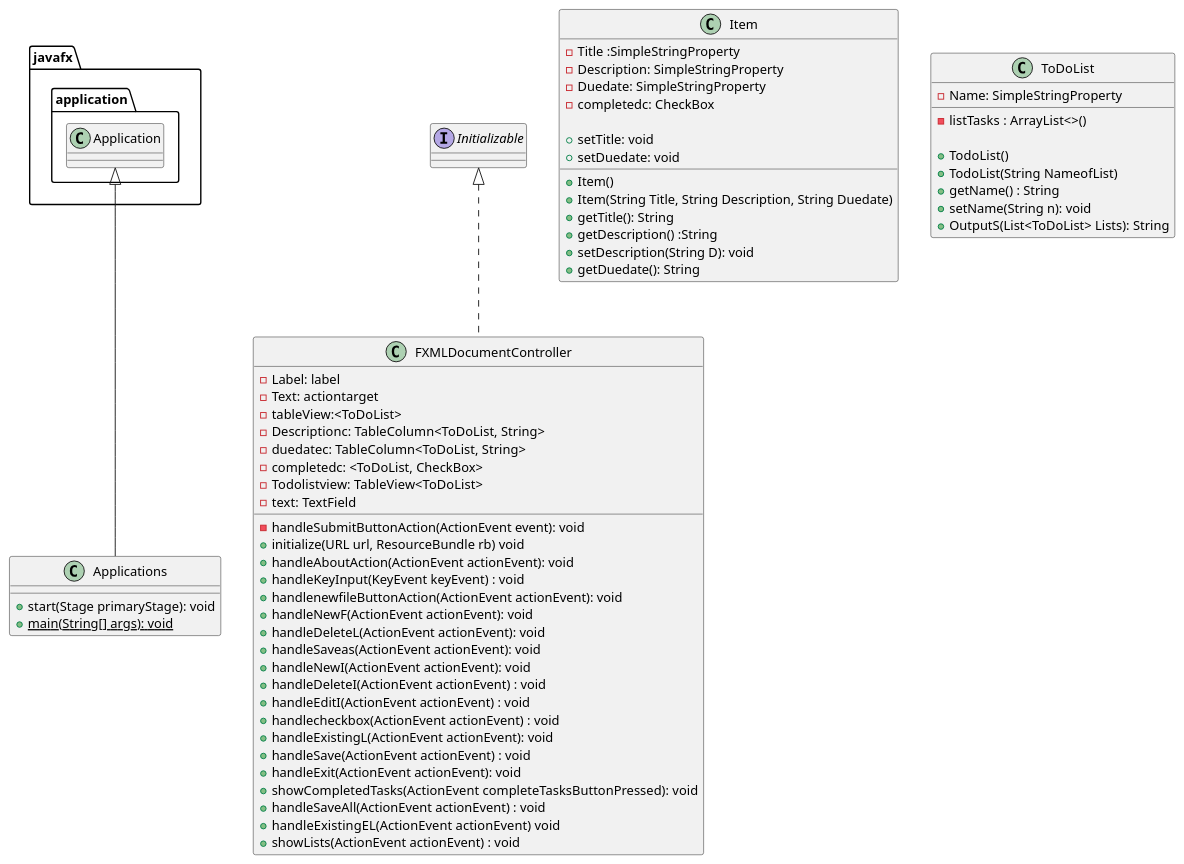
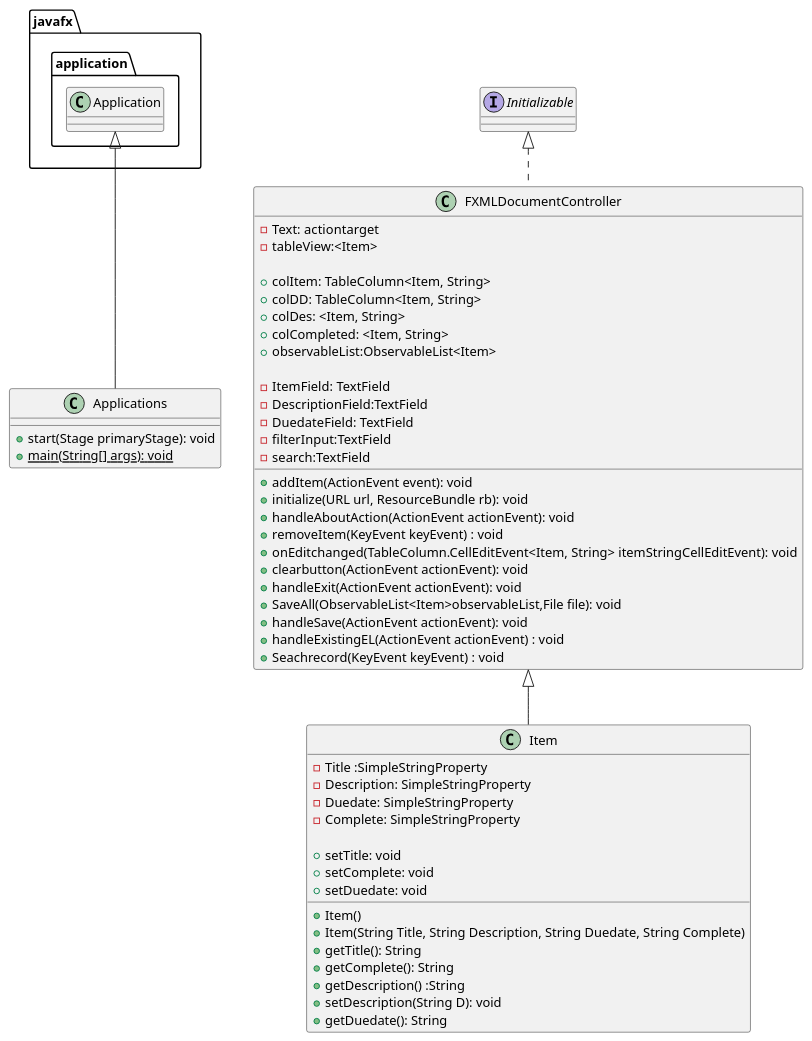
One commit to christineh11/hawkinss-cop3330-assignment4part2 changed the diagram in UML/Application1.puml. Above: the diagram before and after it, drawn with PlantUML. The commit also changed 36 other files, not shown here.

```diff
--- a/UML/Application1.puml
+++ b/UML/Application1.puml
@@ -1,78 +1,70 @@
 @startuml
 'https://plantuml.com/sequence-diagram
 
 javafx.application.Application <|-- Applications
+FXMLDocumentController<|-- Item
 
 class FXMLDocumentController implements Initializable
 
 class Applications{
 
  + start(Stage primaryStage): void
  + {static} main(String[] args): void
 
 }
 
 class FXMLDocumentController
 {
-    -Label: label
+
     -Text: actiontarget
-    -tableView:<ToDoList>
-    - Descriptionc: TableColumn<ToDoList, String>
-    - duedatec: TableColumn<ToDoList, String>
-    -completedc: <ToDoList, CheckBox>
-    -Todolistview: TableView<ToDoList>
-    - text: TextField
+    -tableView:<Item>
+
+    +colItem: TableColumn<Item, String>
+    + colDD: TableColumn<Item, String>
+    +colDes: <Item, String>
+    +colCompleted: <Item, String>
+    +observableList:ObservableList<Item>
+
+     -ItemField: TextField
+     -DescriptionField:TextField
+     -DuedateField: TextField
+     -filterInput:TextField
+     -search:TextField
 
 
-     - handleSubmitButtonAction(ActionEvent event): void
-     + initialize(URL url, ResourceBundle rb) void
+     + addItem(ActionEvent event): void
+     + initialize(URL url, ResourceBundle rb): void
      + handleAboutAction(ActionEvent actionEvent): void
-     + handleKeyInput(KeyEvent keyEvent) : void
-     + handlenewfileButtonAction(ActionEvent actionEvent): void
-     + handleNewF(ActionEvent actionEvent): void
-     + handleDeleteL(ActionEvent actionEvent): void
-     + handleSaveas(ActionEvent actionEvent): void
-     + handleNewI(ActionEvent actionEvent): void
-     + handleDeleteI(ActionEvent actionEvent) : void
-     + handleEditI(ActionEvent actionEvent) : void
-     + handlecheckbox(ActionEvent actionEvent) : void
-     + handleExistingL(ActionEvent actionEvent): void
-     + handleSave(ActionEvent actionEvent) : void
+     + removeItem(KeyEvent keyEvent) : void
+     + onEditchanged(TableColumn.CellEditEvent<Item, String> itemStringCellEditEvent): void
+     + clearbutton(ActionEvent actionEvent): void
      + handleExit(ActionEvent actionEvent): void
-     + showCompletedTasks(ActionEvent completeTasksButtonPressed): void
-     + handleSaveAll(ActionEvent actionEvent) : void
-     + handleExistingEL(ActionEvent actionEvent)  void
-     + showLists(ActionEvent actionEvent) : void
+     + SaveAll(ObservableList<Item>observableList,File file): void
+     + handleSave(ActionEvent actionEvent): void
+     + handleExistingEL(ActionEvent actionEvent) : void
+     + Seachrecord(KeyEvent keyEvent) : void
 
 }
 
 class Item
 {
  -  Title :SimpleStringProperty
  - Description: SimpleStringProperty
  - Duedate: SimpleStringProperty
- - completedc: CheckBox
+ -Complete: SimpleStringProperty
 
  + Item()
- + Item(String Title, String Description, String Duedate)
+ + Item(String Title, String Description, String Duedate, String Complete)
 + getTitle(): String
 + setTitle: void
++getComplete(): String
++setComplete: void
 + getDescription() :String
-+setDescription(String D): void
++ setDescription(String D): void
 +getDuedate(): String
 +setDuedate: void
 }
 
-class ToDoList
-{
-- Name: SimpleStringProperty
--listTasks : ArrayList<>()
 
-+ TodoList()
-+TodoList(String NameofList)
-+ getName() : String
-+setName(String n): void
-+OutputS(List<ToDoList> Lists): String
-}
 
 @enduml
```
